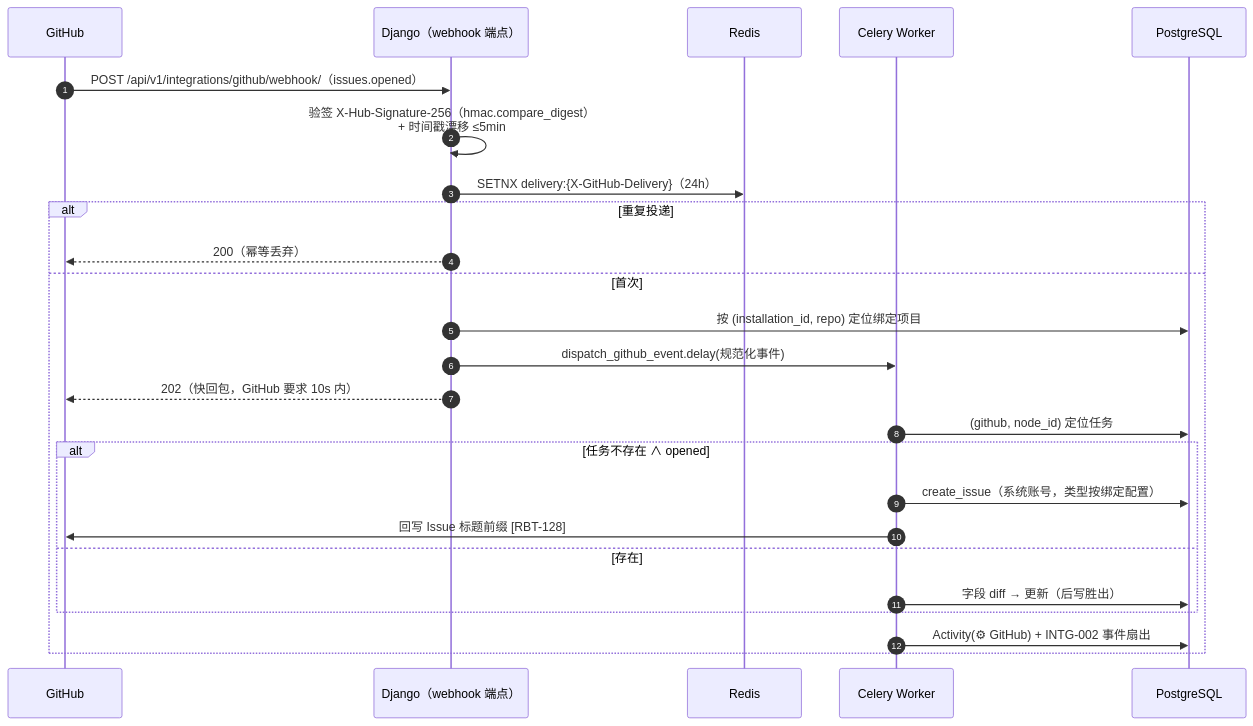
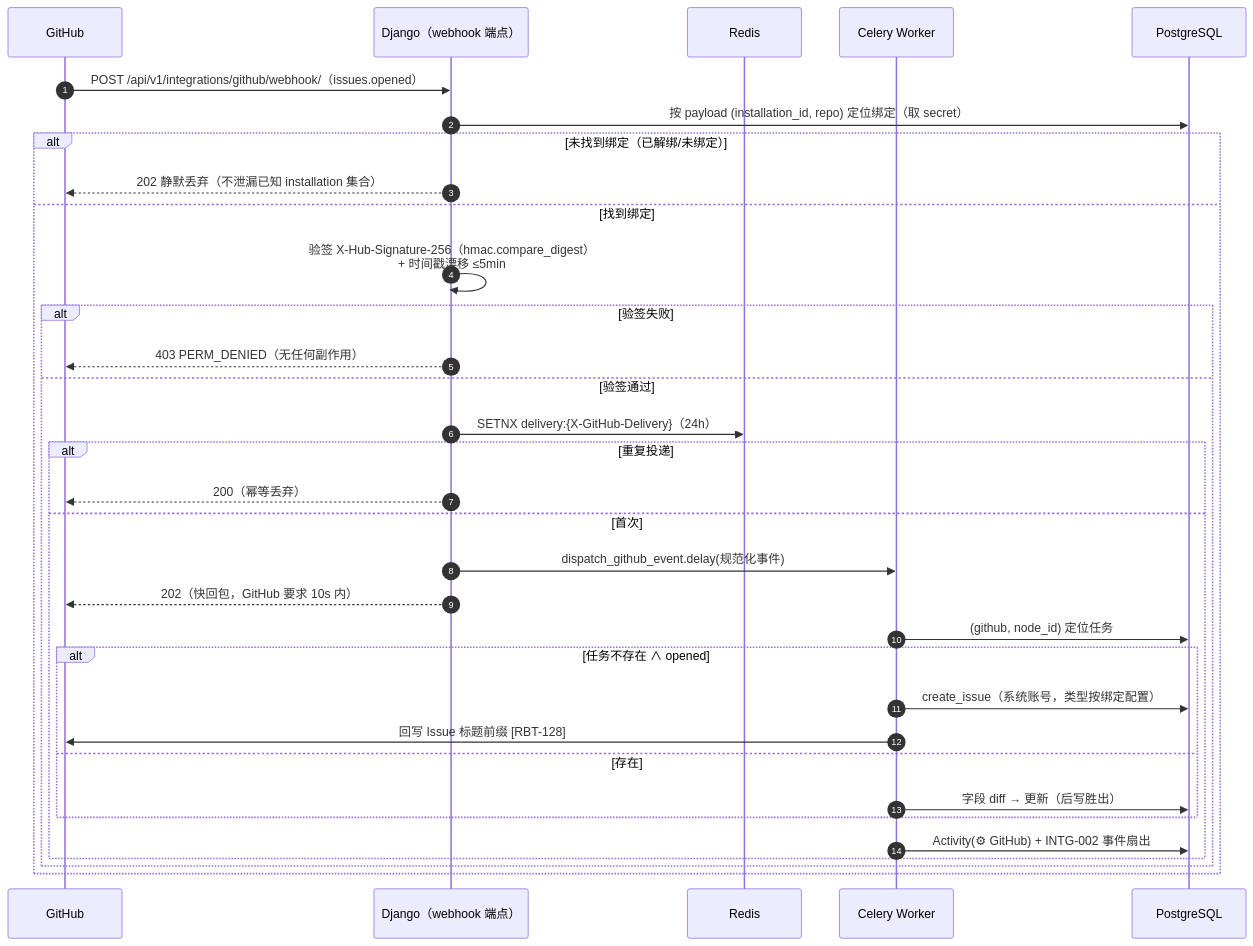
One commit to RabbitAI-Lab/RabbitProjects changed the second of 5 diagrams in docs/sprint-5-integration-standard/INTG-001-github-basic.md. Above: the diagram before and after it, drawn with Mermaid. The commit also changed other lines of this file and 7 other files, not shown here.

````diff
--- a/docs/sprint-5-integration-standard/INTG-001-github-basic.md
+++ b/docs/sprint-5-integration-standard/INTG-001-github-basic.md
@@ -118,28 +118,36 @@
 ```mermaid
 sequenceDiagram
     autonumber
     participant GH as GitHub
     participant API as Django（webhook 端点）
     participant R as Redis
     participant CW as Celery Worker
     participant PG as PostgreSQL
 
     GH->>API: POST /api/v1/integrations/github/webhook/（issues.opened）
-    API->>API: 验签 X-Hub-Signature-256（hmac.compare_digest）<br/>+ 时间戳漂移 ≤5min
-    API->>R: SETNX delivery:{X-GitHub-Delivery}（24h）
-    alt 重复投递
-        API-->>GH: 200（幂等丢弃）
-    else 首次
-        API->>PG: 按 (installation_id, repo) 定位绑定项目
-        API->>CW: dispatch_github_event.delay(规范化事件)
-        API-->>GH: 202（快回包，GitHub 要求 10s 内）
-        CW->>PG: (github, node_id) 定位任务
-        alt 任务不存在 ∧ opened
-            CW->>PG: create_issue（系统账号，类型按绑定配置）
-            CW->>GH: 回写 Issue 标题前缀 [RBT-128]
-        else 存在
-            CW->>PG: 字段 diff → 更新（后写胜出）
+    API->>PG: 按 payload (installation_id, repo) 定位绑定（取 secret）
+    alt 未找到绑定（已解绑/未绑定）
+        API-->>GH: 202 静默丢弃（不泄漏已知 installation 集合）
+    else 找到绑定
+        API->>API: 验签 X-Hub-Signature-256（hmac.compare_digest）<br/>+ 时间戳漂移 ≤5min
+        alt 验签失败
+            API-->>GH: 403 PERM_DENIED（无任何副作用）
+        else 验签通过
+            API->>R: SETNX delivery:{X-GitHub-Delivery}（24h）
+            alt 重复投递
+                API-->>GH: 200（幂等丢弃）
+            else 首次
+                API->>CW: dispatch_github_event.delay(规范化事件)
+                API-->>GH: 202（快回包，GitHub 要求 10s 内）
+                CW->>PG: (github, node_id) 定位任务
+                alt 任务不存在 ∧ opened
+                    CW->>PG: create_issue（系统账号，类型按绑定配置）
+                    CW->>GH: 回写 Issue 标题前缀 [RBT-128]
+                else 存在
+                    CW->>PG: 字段 diff → 更新（后写胜出）
+                end
+                CW->>PG: Activity(⚙ GitHub) + INTG-002 事件扇出
+            end
         end
-        CW->>PG: Activity(⚙ GitHub) + INTG-002 事件扇出
     end
 ```
````
